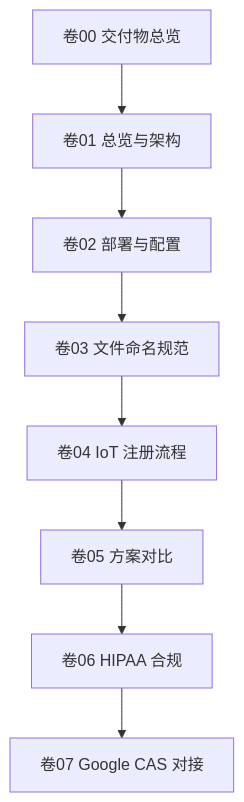
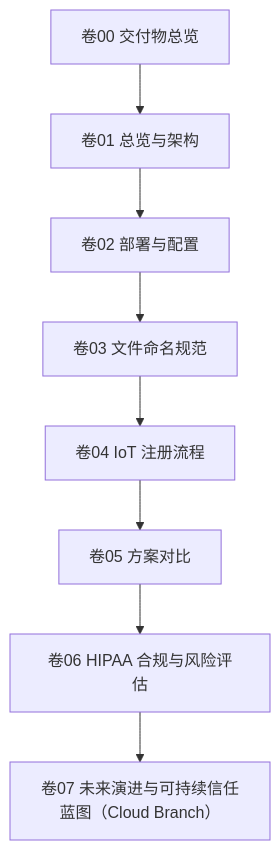
One commit to hhtbing-wisefido/00_WiseFido_CA_Project changed the diagram in 01_docs/00_WiseFido_CA_交付物总览.md. Above: the diagram before and after it, drawn with Mermaid. The commit also changed other lines of this file, not shown here.

````diff
--- a/01_docs/00_WiseFido_CA_交付物总览.md
+++ b/01_docs/00_WiseFido_CA_交付物总览.md
@@ -66,10 +66,11 @@
 ```mermaid
 graph TD
     A0["卷00 交付物总览"] --> A1["卷01 总览与架构"]
     A1 --> A2["卷02 部署与配置"]
     A2 --> A3["卷03 文件命名规范"]
     A3 --> A4["卷04 IoT 注册流程"]
     A4 --> A5["卷05 方案对比"]
-    A5 --> A6["卷06 HIPAA 合规"]
-    A6 --> A7["卷07 Google CAS 对接"]
+    A5 --> A6["卷06 HIPAA 合规与风险评估"]
+    A6 --> A7["卷07 未来演进与可持续信任蓝图（Cloud Branch）"]
+
 ```
````
